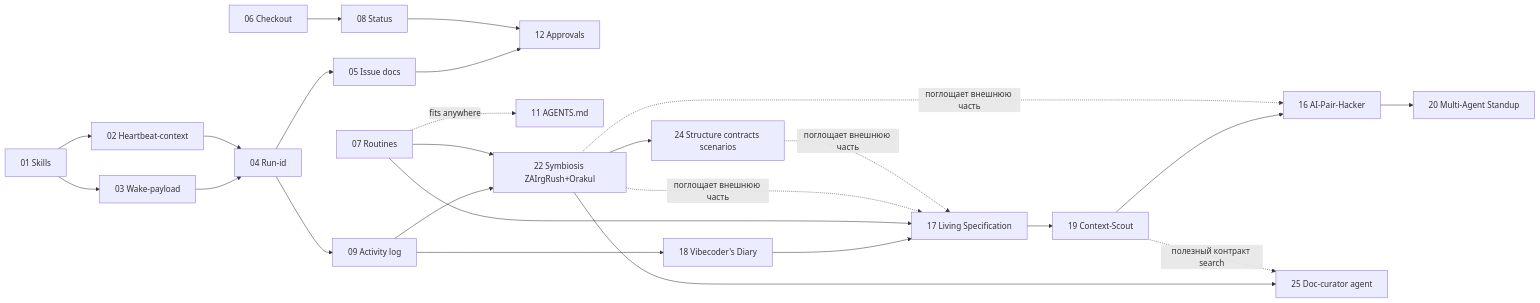
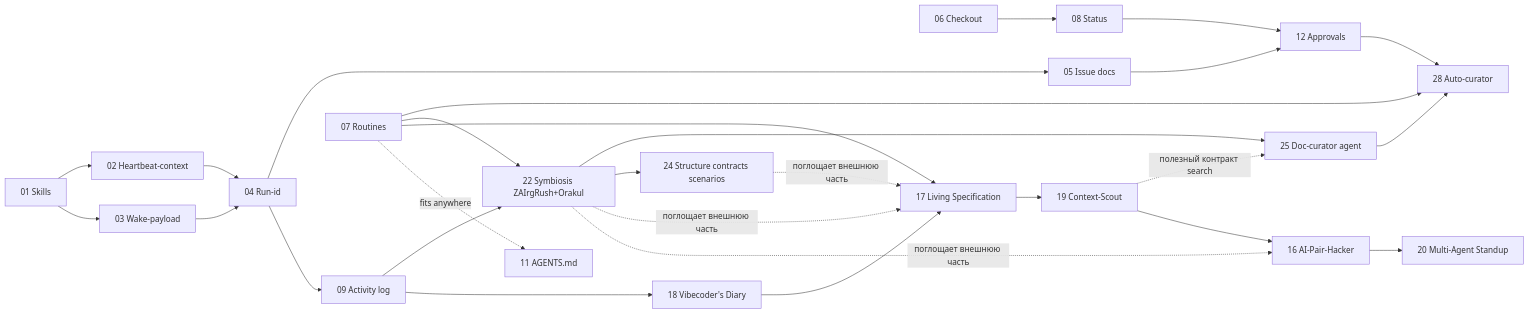
Before and after one commit to Orange-hanter/cod-doc: the diagram in proposals/README.md, drawn with Mermaid. The commit also changed other lines of this file and 2 other files, not shown here.

````diff
--- a/proposals/README.md
+++ b/proposals/README.md
@@ -118,31 +129,34 @@
 ```mermaid
 graph LR
     A[01 Skills] --> B[03 Wake-payload]
     A --> C[02 Heartbeat-context]
     B --> D[04 Run-id]
     C --> D
     D --> E[09 Activity log]
     D --> F[05 Issue docs]
     F --> G[12 Approvals]
     H[08 Status] --> G
     I[06 Checkout] --> H
     J[07 Routines] -.fits anywhere.-> K[11 AGENTS.md]
     
     %% Hackathon-track
     E --> L[18 Vibecoder's Diary]
     L --> M[17 Living Specification]
     J --> M
     M --> N[19 Context-Scout]
     N --> O[16 AI-Pair-Hacker]
     O --> P[20 Multi-Agent Standup]
 
     %% Symbiosis-track
     E --> Q[22 Symbiosis ZAIrgRush+Orakul]
     J --> Q
     Q -.поглощает внешнюю часть.-> O
     Q -.поглощает внешнюю часть.-> M
     Q --> R[24 Structure contracts scenarios]
     R -.поглощает внешнюю часть.-> M
     Q --> S[25 Doc-curator agent]
+    S --> T[28 Auto-curator]
+    G --> T
+    J --> T
     N -.полезный контракт search.-> S
 ```
````
